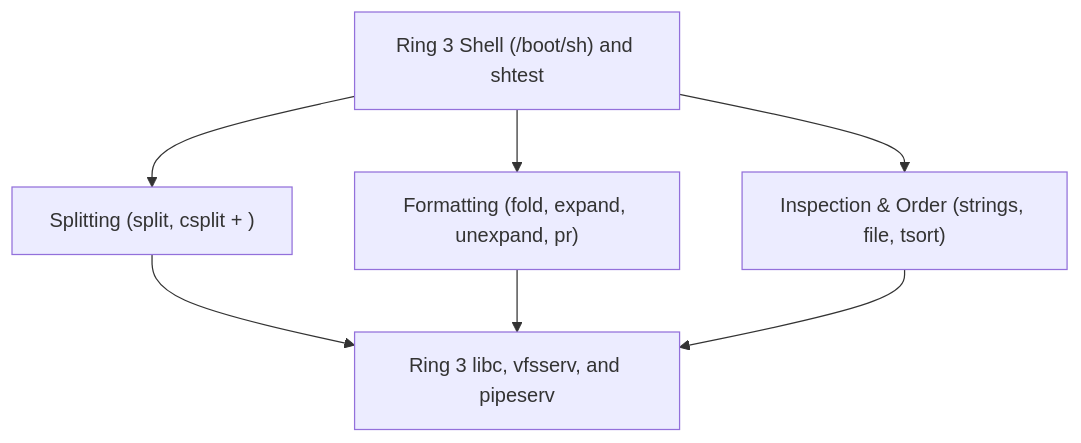
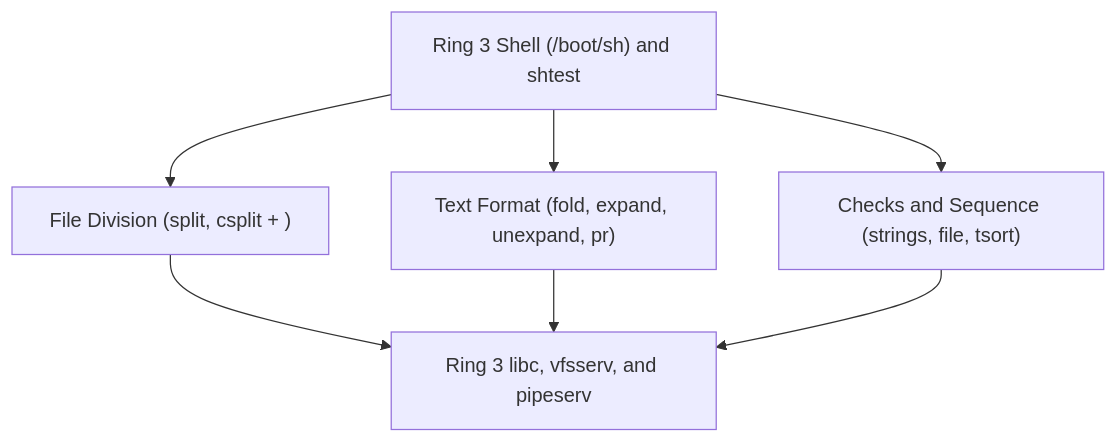
One commit to Deniz-Eren/microkernel changed the diagram in docs/30-architecture/adr/ADR_0047.md. Above: the diagram before and after it, drawn with Mermaid. The commit also changed other lines of this file and 151 other files, not shown here.

````diff
--- a/docs/30-architecture/adr/ADR_0047.md
+++ b/docs/30-architecture/adr/ADR_0047.md
@@ -21,15 +21,15 @@
 ```mermaid
 flowchart TD
     SH["Ring 3 Shell (/boot/sh) and shtest"]
-    SPLIT["Splitting (split, csplit + <regex.h>)"]
-    FMT["Formatting (fold, expand, unexpand, pr)"]
-    INSP["Inspection & Order (strings, file, tsort)"]
+    SPLIT["File Division (split, csplit + <regex.h>)"]
+    FMT["Text Format (fold, expand, unexpand, pr)"]
+    INSP["Checks and Sequence (strings, file, tsort)"]
     LIBC["Ring 3 libc, vfsserv, and pipeserv"]
 
     SH --> SPLIT
     SH --> FMT
     SH --> INSP
     SPLIT --> LIBC
     FMT --> LIBC
     INSP --> LIBC
 ```
````
